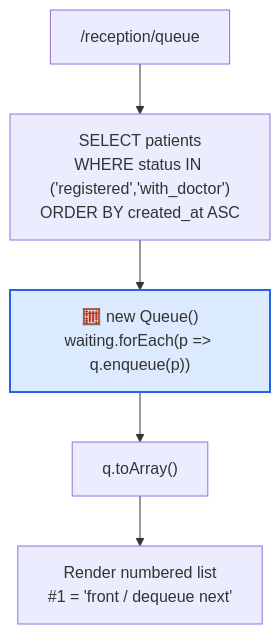
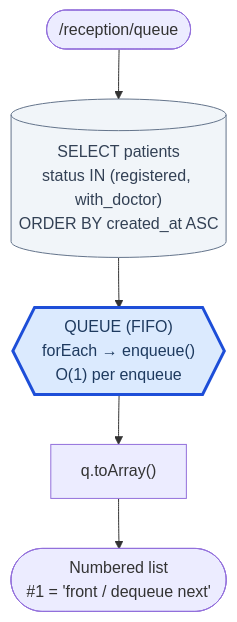
One commit to themuzzamil/Hospital-Management-System changed the tenth of 22 diagrams in flow.md. Above: the diagram before and after it, drawn with Mermaid. The commit also changed other lines of this file, not shown here.

````diff
--- a/flow.md
+++ b/flow.md
@@ -332,9 +311,12 @@
 ```mermaid
 flowchart TD
-    A["/reception/queue"] --> B["SELECT patients<br/>WHERE status IN ('registered','with_doctor')<br/>ORDER BY created_at ASC"]
-    B --> C["🧮 new Queue()<br/>waiting.forEach(p => q.enqueue(p))"]
+    A(["/reception/queue"]) --> B[("SELECT patients<br/>status IN (registered, with_doctor)<br/>ORDER BY created_at ASC")]
+    B --> C{{"QUEUE (FIFO)<br/>forEach → enqueue()<br/>O(1) per enqueue"}}
     C --> D["q.toArray()"]
-    D --> E["Render numbered list<br/>#1 = 'front / dequeue next'"]
+    D --> E(["Numbered list<br/>#1 = 'front / dequeue next'"])
 
-    style C fill:#dbeafe,stroke:#2563eb,stroke-width:2px
+    classDef dsa fill:#dbeafe,stroke:#1d4ed8,stroke-width:3px,color:#1e3a5f
+    classDef db fill:#f1f5f9,stroke:#64748b,color:#334155
+    class C dsa
+    class B db
 ```
````
